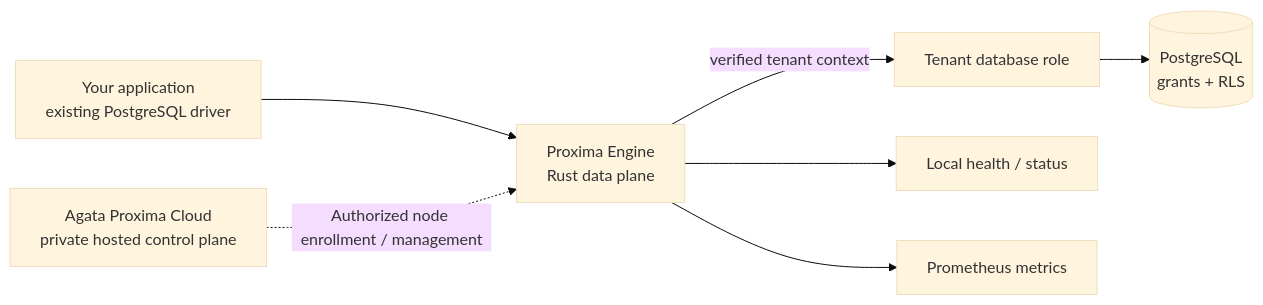
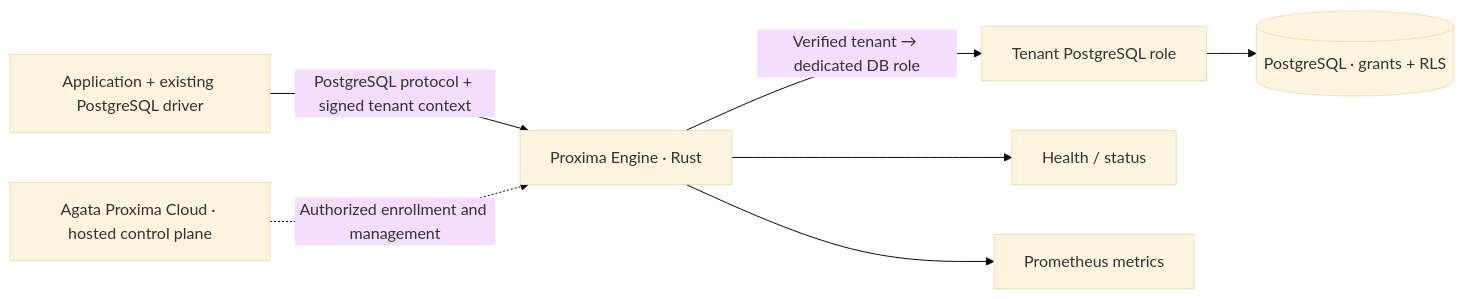
Before and after one commit to Agata-Proxima/proxima-engine: the diagram in README.md, drawn with Mermaid (base theme). The commit also changed other lines of this file, not shown here.

Commit message:
Rewrite Engine README with clear product architecture and evaluation path

````diff
--- a/README.md
+++ b/README.md
@@ -35,9 +52,9 @@
 ```mermaid
 flowchart LR
-    U["Your application<br/>existing PostgreSQL driver"] --> E["Proxima Engine<br/>Rust data plane"]
-    E -->|verified tenant context| R["Tenant database role"]
-    R --> P[("PostgreSQL<br/>grants + RLS")]
-    E --> H["Local health / status"]
-    E --> M["Prometheus metrics"]
-    C["Agata Proxima Cloud<br/>private hosted control plane"] -.->|"Authorized node enrollment / management"| E
+  App["Application + existing PostgreSQL driver"] -->|"PostgreSQL protocol + signed tenant context"| Engine["Proxima Engine · Rust"]
+  Engine -->|"Verified tenant → dedicated DB role"| Role["Tenant PostgreSQL role"]
+  Role --> PG[("PostgreSQL · grants + RLS")]
+  Engine --> Health["Health / status"]
+  Engine --> Metrics["Prometheus metrics"]
+  Cloud["Agata Proxima Cloud · hosted control plane"] -.->|"Authorized enrollment and management"| Engine
 ```
````
